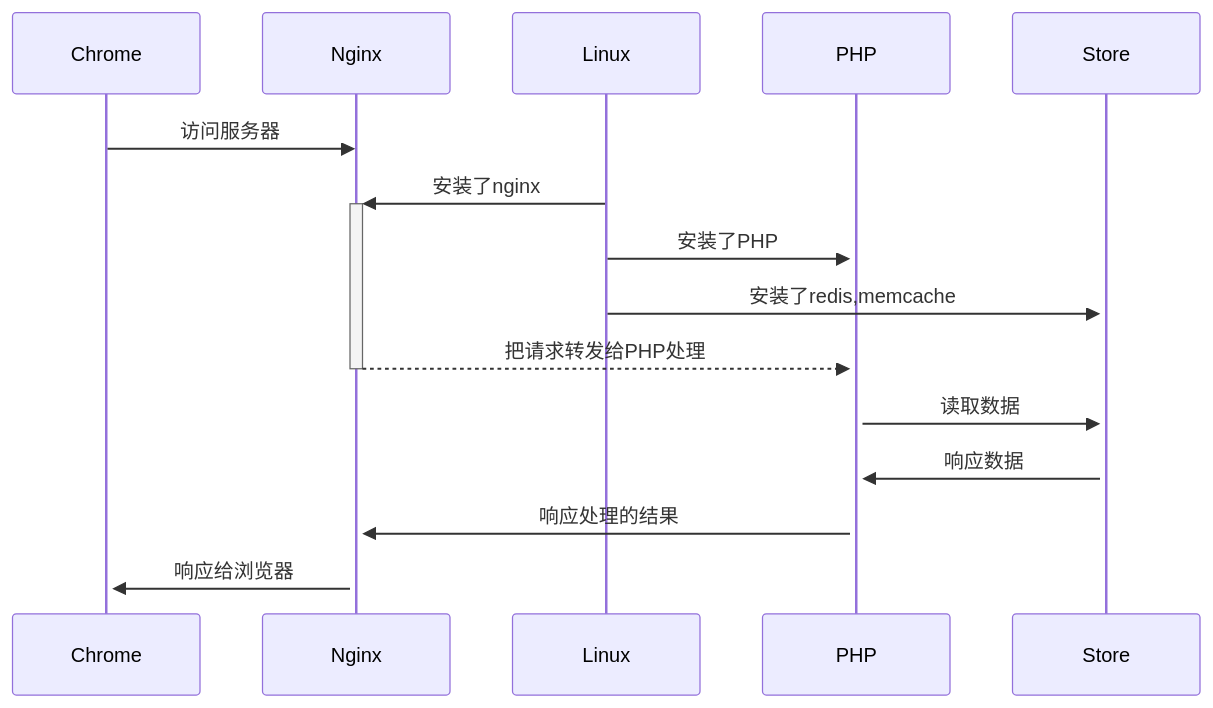
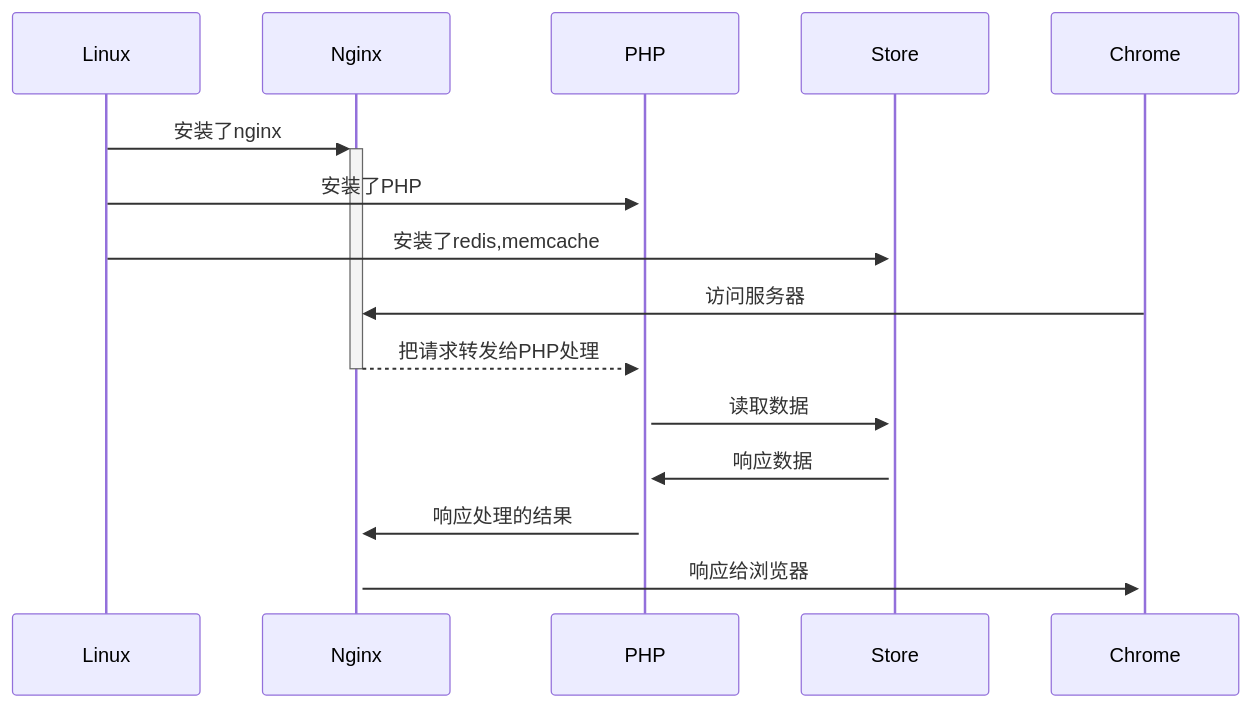
Before and after one commit to soonio/notebook: the diagram in README.md, drawn with Mermaid. The commit also changed other lines of this file, not shown here.

````diff
--- a/README.md
+++ b/README.md
@@ -9,12 +12,12 @@
 ```mermaid
 sequenceDiagram
-  Chrome->>Nginx: 访问服务器
   Linux->>+Nginx: 安装了nginx
   Linux->>+PHP: 安装了PHP
   Linux->>+Store: 安装了redis,memcache
+  Chrome->>Nginx: 访问服务器
   Nginx-->>-PHP: 把请求转发给PHP处理
   PHP->>+Store: 读取数据
   Store->>+PHP: 响应数据
   PHP->>+Nginx: 响应处理的结果
   Nginx->>+Chrome: 响应给浏览器
 ```
````
